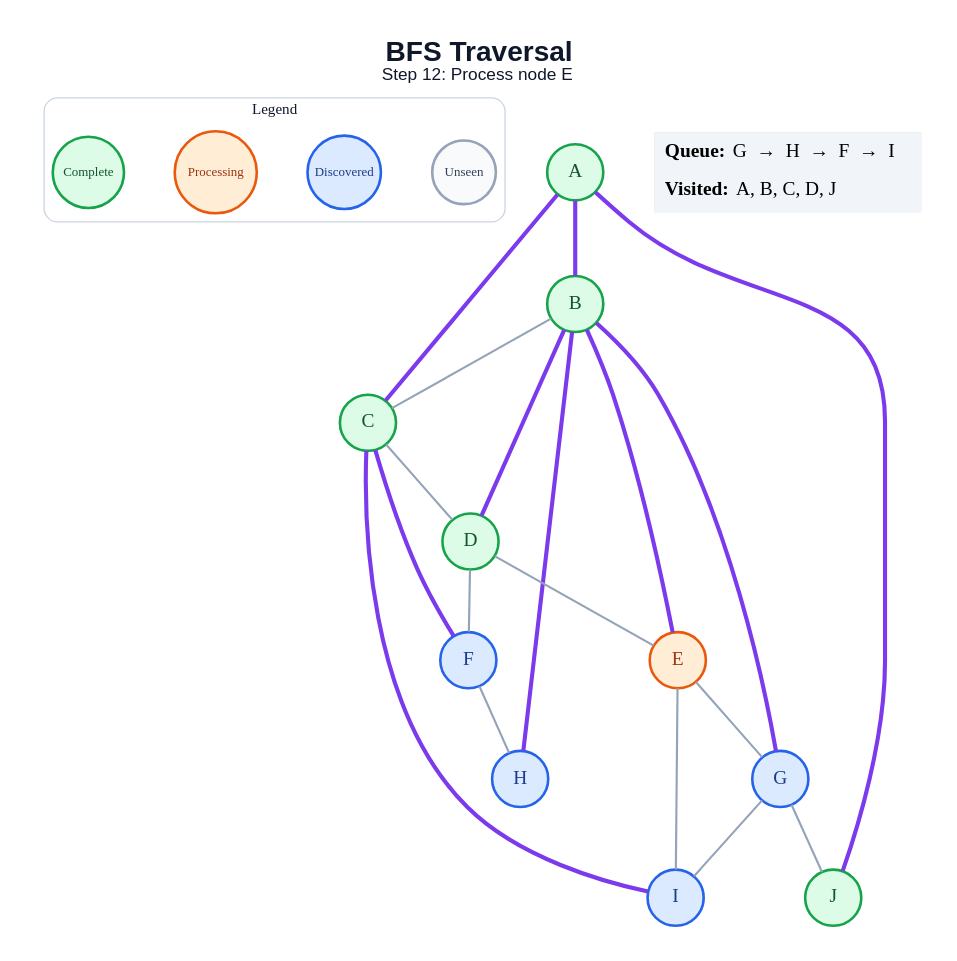
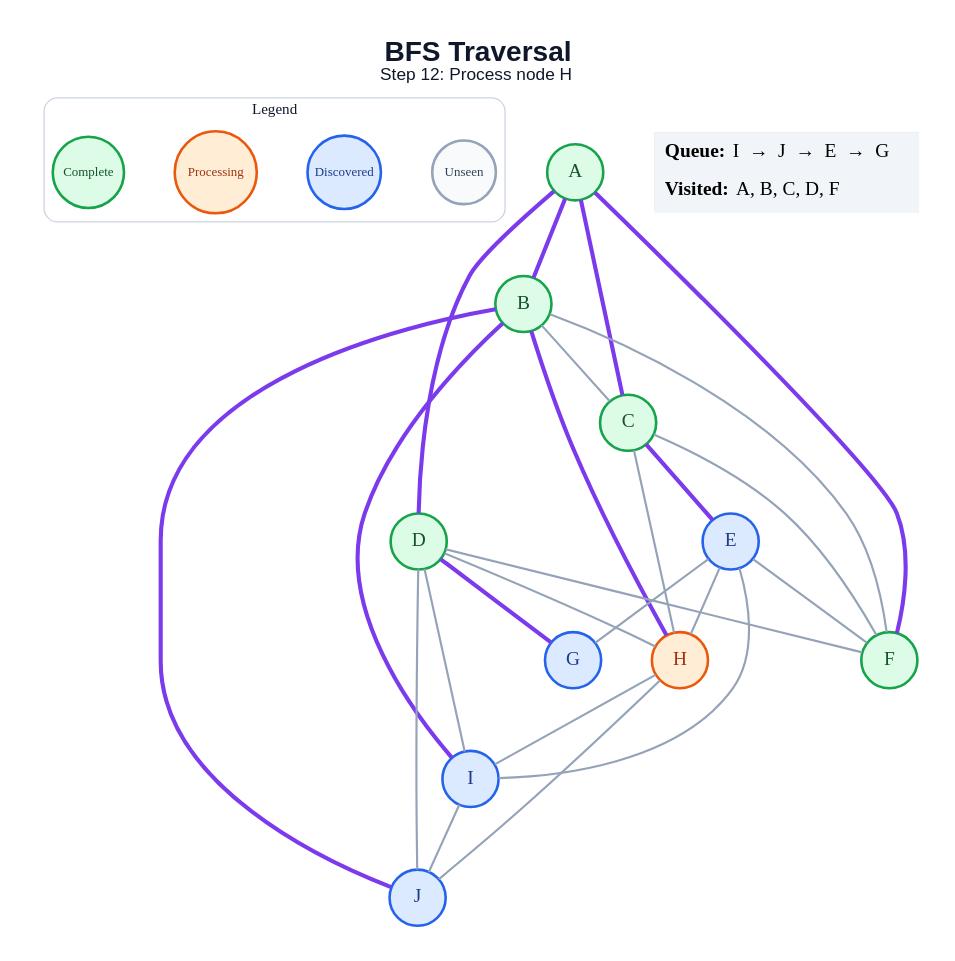
One commit to amanghodawala9/ai-slop changed the diagram in generated/bfs/step_12.dot. Above: the diagram before and after it, drawn with Graphviz. The commit also changed 178 other files, not shown here.

```diff
--- a/generated/bfs/step_12.dot
+++ b/generated/bfs/step_12.dot
@@ -1,47 +1,53 @@
 graph traversal {
   graph [layout=dot, rankdir=TB, bgcolor="#FFFFFF", pad="0.35", nodesep="0.65", ranksep="0.8", fontname="Arial"];
   node [shape=circle, style="filled", fontname="Arial Bold", fontsize=18, width=0.72, fixedsize=true, penwidth=2.4];
   edge [color="#94A3B8", penwidth=2.0];
-  label=<<B>BFS Traversal</B><BR/><FONT POINT-SIZE="16">Step 12: Process node E</FONT>>; labelloc="t"; fontsize=26; fontname="Arial"; fontcolor="#0F172A";
+  label=<<B>BFS Traversal</B><BR/><FONT POINT-SIZE="16">Step 12: Process node H</FONT>>; labelloc="t"; fontsize=26; fontname="Arial"; fontcolor="#0F172A";
   subgraph cluster_legend { label="Legend"; color="#CBD5E1"; penwidth=1.2; style="rounded"; fontsize=14; fontname="Arial Bold";
     key_unseen [label="Unseen", fillcolor="#F8FAFC", color="#94A3B8", fontcolor="#334155", fontsize=12, width=0.82];
     key_frontier [label="Discovered", fillcolor="#DBEAFE", color="#2563EB", fontcolor="#1E3A8A", fontsize=12, width=0.95];
     key_current [label="Processing", fillcolor="#FFEDD5", color="#EA580C", fontcolor="#9A3412", fontsize=12, width=1.05];
     key_done [label="Complete", fillcolor="#DCFCE7", color="#16A34A", fontcolor="#14532D", fontsize=12, width=0.92];
     { rank=same; key_unseen; key_frontier; key_current; key_done; }
   }
   A [fillcolor="#DCFCE7", color="#16A34A", fontcolor="#14532D"];
   B [fillcolor="#DCFCE7", color="#16A34A", fontcolor="#14532D"];
   C [fillcolor="#DCFCE7", color="#16A34A", fontcolor="#14532D"];
   D [fillcolor="#DCFCE7", color="#16A34A", fontcolor="#14532D"];
-  E [fillcolor="#FFEDD5", color="#EA580C", fontcolor="#9A3412"];
-  F [fillcolor="#DBEAFE", color="#2563EB", fontcolor="#1E3A8A"];
+  E [fillcolor="#DBEAFE", color="#2563EB", fontcolor="#1E3A8A"];
+  F [fillcolor="#DCFCE7", color="#16A34A", fontcolor="#14532D"];
   G [fillcolor="#DBEAFE", color="#2563EB", fontcolor="#1E3A8A"];
-  H [fillcolor="#DBEAFE", color="#2563EB", fontcolor="#1E3A8A"];
+  H [fillcolor="#FFEDD5", color="#EA580C", fontcolor="#9A3412"];
   I [fillcolor="#DBEAFE", color="#2563EB", fontcolor="#1E3A8A"];
-  J [fillcolor="#DCFCE7", color="#16A34A", fontcolor="#14532D"];
+  J [fillcolor="#DBEAFE", color="#2563EB", fontcolor="#1E3A8A"];
   A -- B [color="#7C3AED", penwidth=3.8];
   A -- C [color="#7C3AED", penwidth=3.8];
-  A -- J [color="#7C3AED", penwidth=3.8];
+  A -- D [color="#7C3AED", penwidth=3.8];
+  A -- F [color="#7C3AED", penwidth=3.8];
   B -- C;
-  B -- D [color="#7C3AED", penwidth=3.8];
-  B -- E [color="#7C3AED", penwidth=3.8];
-  B -- G [color="#7C3AED", penwidth=3.8];
+  B -- F;
   B -- H [color="#7C3AED", penwidth=3.8];
-  C -- D;
-  C -- F [color="#7C3AED", penwidth=3.8];
-  C -- I [color="#7C3AED", penwidth=3.8];
-  D -- E;
+  B -- I [color="#7C3AED", penwidth=3.8];
+  B -- J [color="#7C3AED", penwidth=3.8];
+  C -- E [color="#7C3AED", penwidth=3.8];
+  C -- F;
+  C -- H;
   D -- F;
+  D -- G [color="#7C3AED", penwidth=3.8];
+  D -- H;
+  D -- I;
+  D -- J;
+  E -- F;
   E -- G;
+  E -- H;
   E -- I;
-  F -- H;
-  G -- I;
-  G -- J;
+  H -- I;
+  H -- J;
+  I -- J;
   status [shape=plain, fixedsize=false, width=0, height=0, margin=0, label=<
     <TABLE BORDER="0" CELLBORDER="0" CELLPADDING="7" BGCOLOR="#F1F5F9">
-      <TR><TD ALIGN="LEFT"><B>Queue:</B> G  →  H  →  F  →  I</TD></TR>
-      <TR><TD ALIGN="LEFT"><B>Visited:</B> A, B, C, D, J</TD></TR>
+      <TR><TD ALIGN="LEFT"><B>Queue:</B> I  →  J  →  E  →  G</TD></TR>
+      <TR><TD ALIGN="LEFT"><B>Visited:</B> A, B, C, D, F</TD></TR>
     </TABLE>
   >];
 }
```
